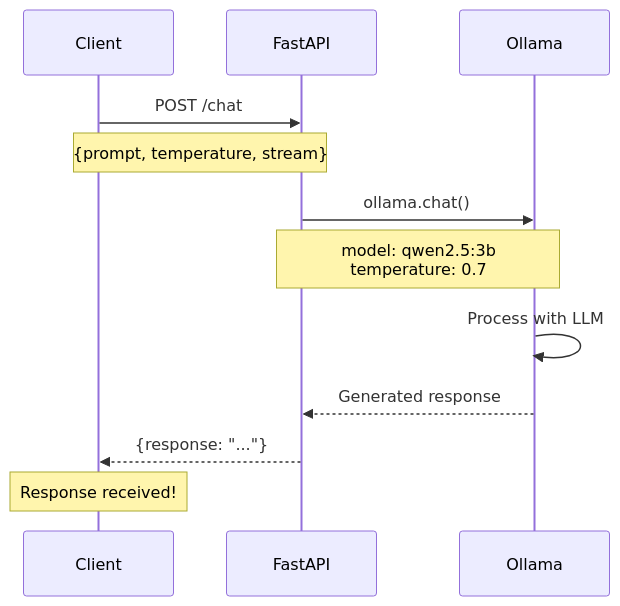
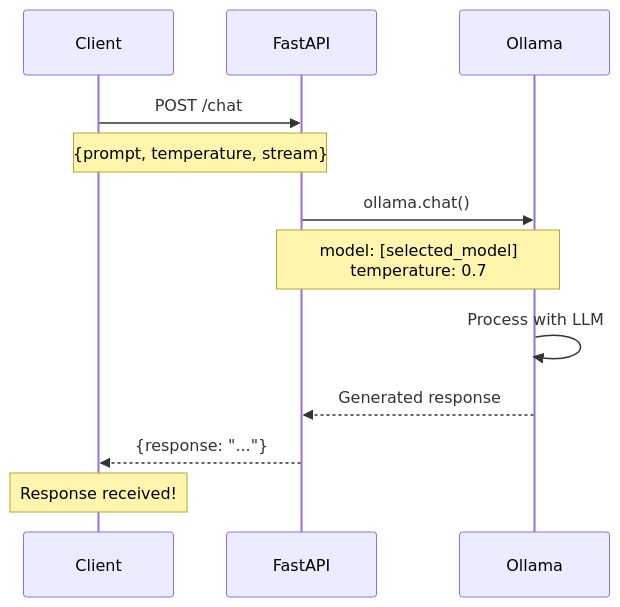
One commit to fsrodriguezm/local-llm-api changed the second of 2 diagrams in README.md. Above: the diagram before and after it, drawn with Mermaid. The commit also changed other lines of this file and 1 other file, not shown here.

Commit message:
auto detect model

````diff
--- a/README.md
+++ b/README.md
@@ -30,19 +45,19 @@
 ```mermaid
 sequenceDiagram
     participant Client
     participant FastAPI
     participant Ollama
-    
+
     Client->>FastAPI: POST /chat
     Note over Client,FastAPI: {prompt, temperature, stream}
-    
+
     FastAPI->>Ollama: ollama.chat()
-    Note over FastAPI,Ollama: model: qwen2.5:3b<br/>temperature: 0.7
-    
+    Note over FastAPI,Ollama: model: [selected_model]<br/>temperature: 0.7
+
     Ollama->>Ollama: Process with LLM
-    
+
     Ollama-->>FastAPI: Generated response
     FastAPI-->>Client: {response: "..."}
-    
+
     Note over Client: Response received!
 ```
````
